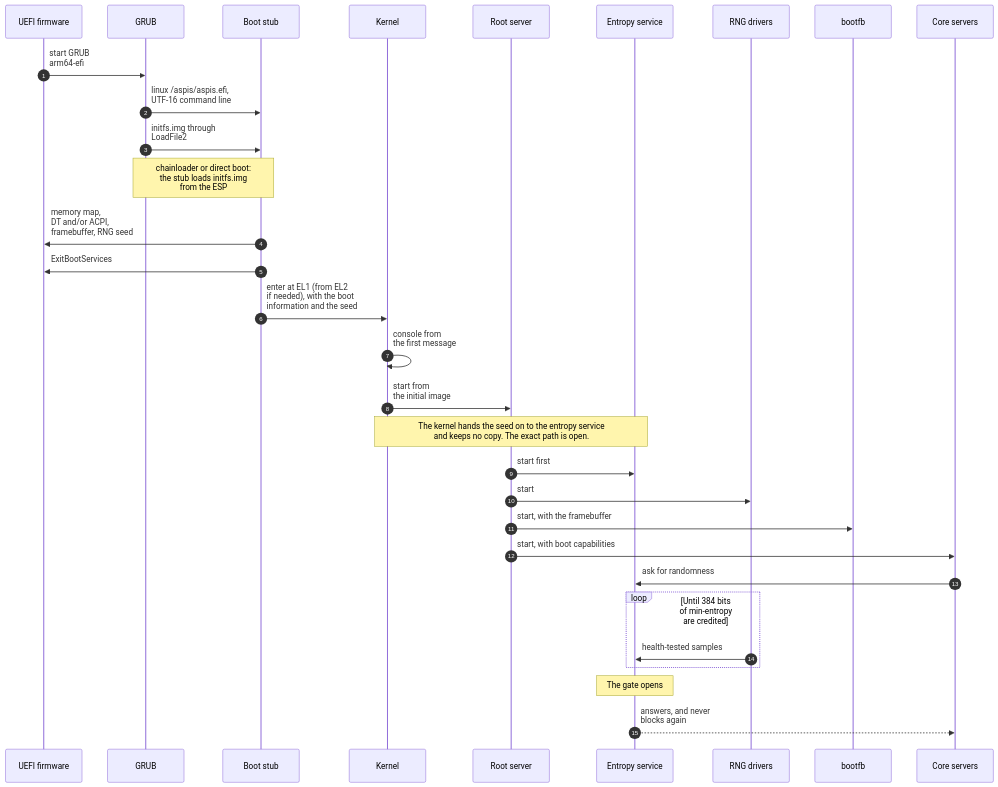
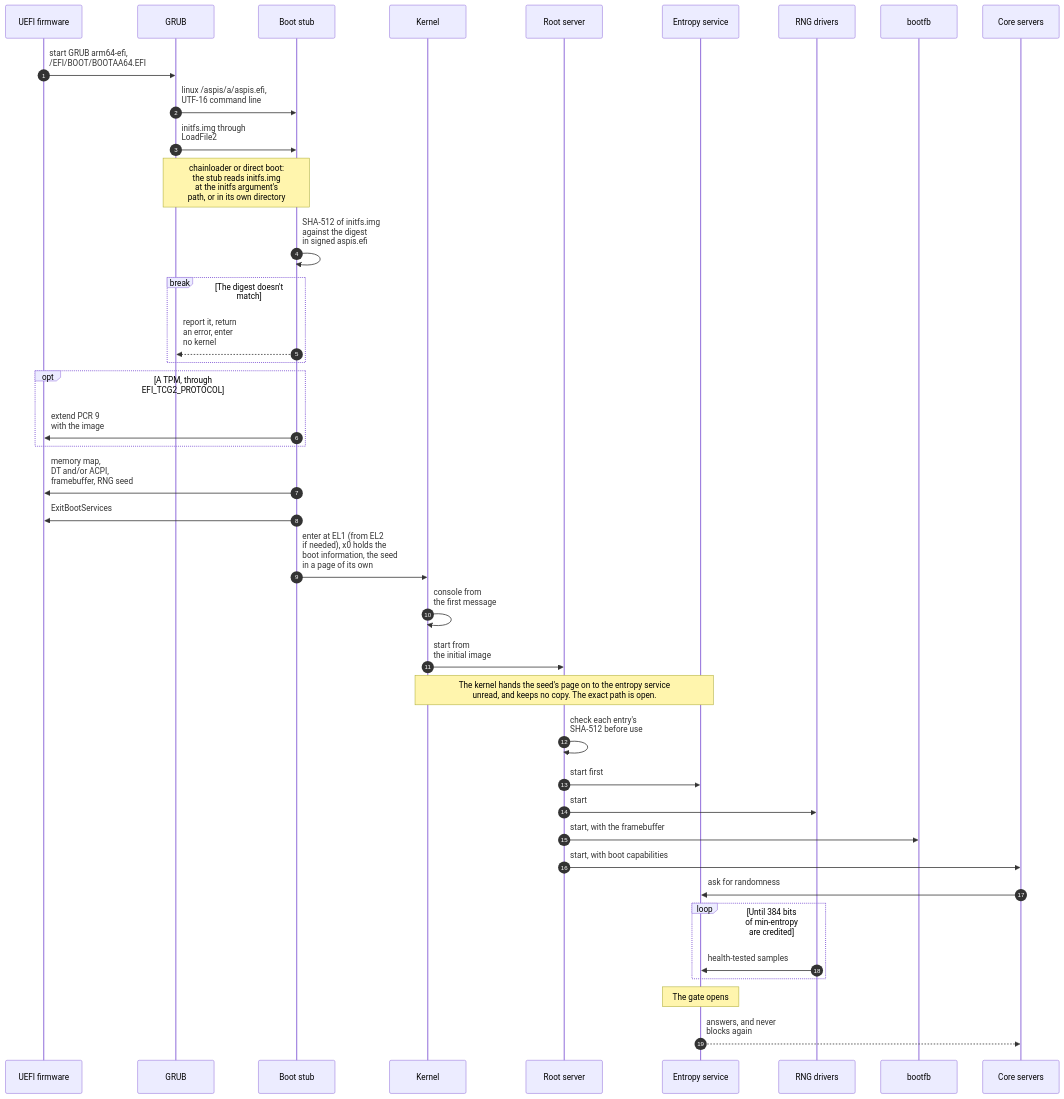
The first of 10 diagrams in docs/design/key-flows.md (nckroy/ASPIS), drawn with Mermaid before and after one commit. The commit also changed other lines of this file and 66 other files, not shown here.

````diff
--- a/docs/design/key-flows.md
+++ b/docs/design/key-flows.md
@@ -24,39 +25,47 @@
 ```mermaid
 ---
 config:
   sequence:
     messageAlign: left
     boxMargin: 16
 ---
 sequenceDiagram
     autonumber
     participant FW as UEFI firmware
     participant GR as GRUB
     participant ST as Boot stub
     participant K as Kernel
     participant RS as Root server
     participant ES as Entropy service
     participant RNG as RNG drivers
     participant BF as bootfb
     participant CS as Core servers
-    FW->>GR: start GRUB<br/>arm64-efi
-    GR->>ST: linux /aspis/aspis.efi,<br/>UTF-16 command line
+    FW->>GR: start GRUB arm64-efi,<br/>/EFI/BOOT/BOOTAA64.EFI
+    GR->>ST: linux /aspis/a/aspis.efi,<br/>UTF-16 command line
     GR->>ST: initfs.img through<br/>LoadFile2
-    Note over GR,ST: chainloader or direct boot:<br/>the stub loads initfs.img<br/>from the ESP
+    Note over GR,ST: chainloader or direct boot:<br/>the stub reads initfs.img<br/>at the initfs argument's<br/>path, or in its own directory
+    ST->>ST: SHA-512 of initfs.img<br/>against the digest<br/>in signed aspis.efi
+    break The digest doesn't match
+        ST-->>GR: report it, return<br/>an error, enter<br/>no kernel
+    end
+    opt A TPM, through<br/>EFI_TCG2_PROTOCOL
+        ST->>FW: extend PCR 9<br/>with the image
+    end
     ST->>FW: memory map,<br/>DT and/or ACPI,<br/>framebuffer, RNG seed
     ST->>FW: ExitBootServices
-    ST->>K: enter at EL1 (from EL2<br/>if needed), with the boot<br/>information and the seed
+    ST->>K: enter at EL1 (from EL2<br/>if needed), x0 holds the<br/>boot information, the seed<br/>in a page of its own
     K->>K: console from<br/>the first message
     K->>RS: start from<br/>the initial image
-    Note over K,ES: The kernel hands the seed on to the entropy service<br/>and keeps no copy. The exact path is open.
+    Note over K,ES: The kernel hands the seed's page on to the entropy service<br/>unread, and keeps no copy. The exact path is open.
+    RS->>RS: check each entry's<br/>SHA-512 before use
     RS->>ES: start first
     RS->>RNG: start
     RS->>BF: start, with the framebuffer
     RS->>CS: start, with boot capabilities
     CS->>ES: ask for randomness
     loop Until 384 bits<br/>of min-entropy<br/>are credited
         RNG->>ES: health-tested samples
     end
     Note over ES: The gate opens
     ES-->>CS: answers, and never<br/>blocks again
 ```
````
